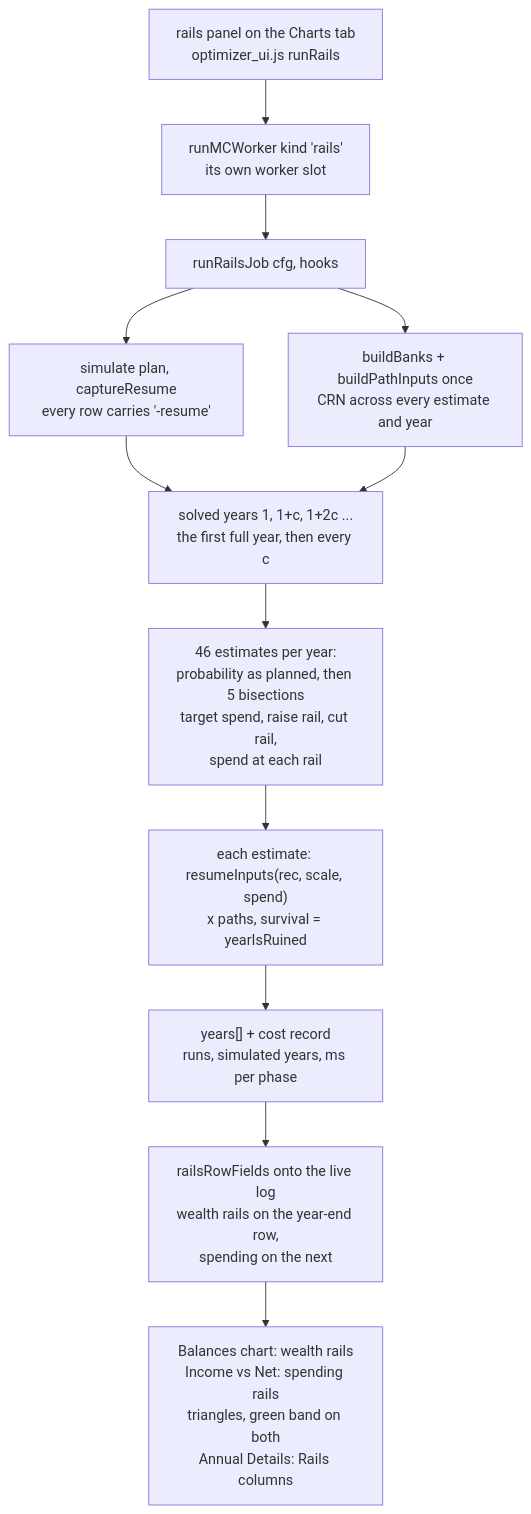
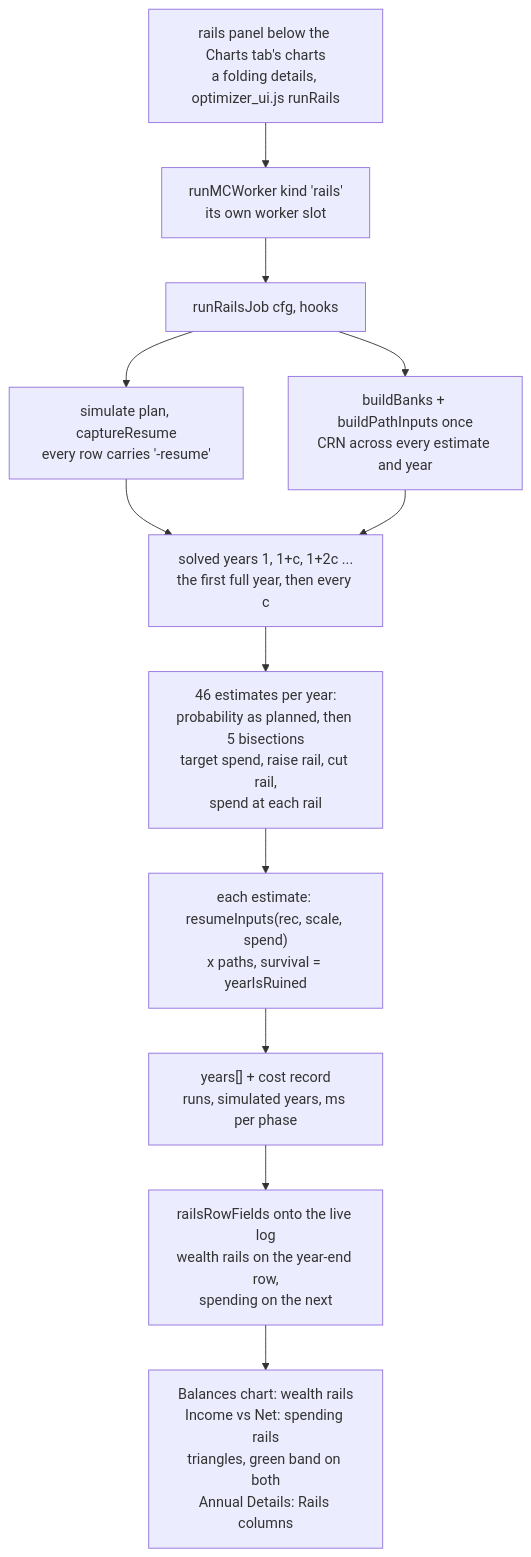
Before and after one commit to nightskyguy/retirement_assets: the ninth of 9 diagrams in ARCHITECTURE.md, drawn with Mermaid. The commit also changed other lines of this file and 8 other files, not shown here.

````diff
--- a/ARCHITECTURE.md
+++ b/ARCHITECTURE.md
@@ -470,14 +480,14 @@
 ```mermaid
 flowchart TD
-    PANEL["rails panel on the Charts tab<br/>optimizer_ui.js runRails"] --> CTL["runMCWorker kind 'rails'<br/>its own worker slot"]
+    PANEL["rails panel below the Charts tab's charts<br/>a folding details, optimizer_ui.js runRails"] --> CTL["runMCWorker kind 'rails'<br/>its own worker slot"]
     CTL --> JOB["runRailsJob cfg, hooks"]
     JOB --> SPINE["simulate plan, captureResume<br/>every row carries '-resume'"]
     JOB --> BANKS["buildBanks + buildPathInputs once<br/>CRN across every estimate and year"]
     SPINE --> YEARS["solved years 1, 1+c, 1+2c ...<br/>the first full year, then every c"]
     BANKS --> YEARS
     YEARS --> POS["46 estimates per year:<br/>probability as planned, then 5 bisections<br/>target spend, raise rail, cut rail,<br/>spend at each rail"]
     POS --> EST["each estimate: resumeInputs(rec, scale, spend)<br/>x paths, survival = yearIsRuined"]
     EST --> MSG["years[] + cost record<br/>runs, simulated years, ms per phase"]
     MSG --> MERGE["railsRowFields onto the live log<br/>wealth rails on the year-end row,<br/>spending on the next"]
     MERGE --> DRAW["Balances chart: wealth rails<br/>Income vs Net: spending rails<br/>triangles, green band on both<br/>Annual Details: Rails columns"]
 ```
````
